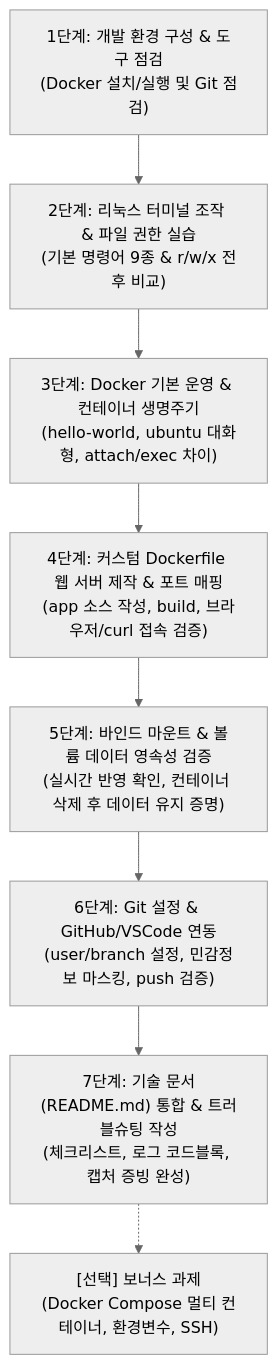
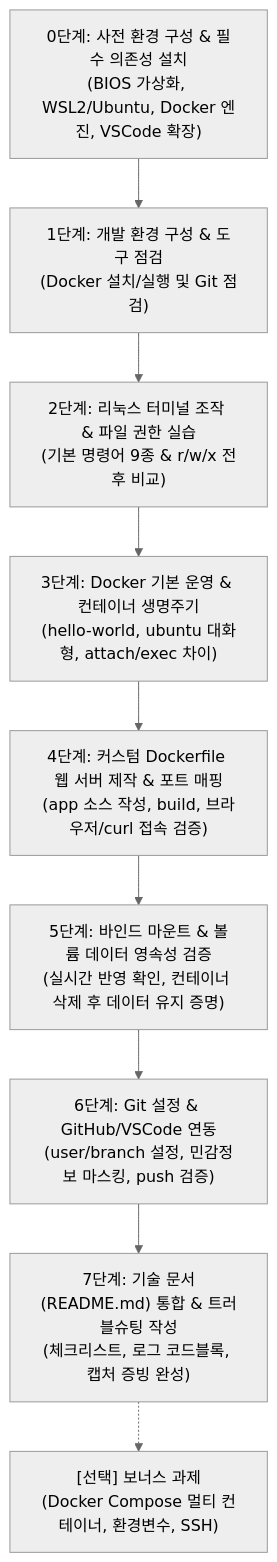
Before and after one commit to tqetri-ctrl/e1-1: the diagram in docs/execution_plan.md, drawn with Mermaid (neutral theme). The commit also changed other lines of this file, not shown here.

````diff
--- a/docs/execution_plan.md
+++ b/docs/execution_plan.md
@@ -9,10 +9,11 @@
 ```mermaid
 flowchart TD
-    Step1["1단계: 개발 환경 구성 & 도구 점검<br/>(Docker 설치/실행 및 Git 점검)"] --> Step2["2단계: 리눅스 터미널 조작 & 파일 권한 실습<br/>(기본 명령어 9종 & r/w/x 전후 비교)"]
+    Step0["0단계: 사전 환경 구성 & 필수 의존성 설치<br/>(BIOS 가상화, WSL2/Ubuntu, Docker 엔진, VSCode 확장)"] --> Step1["1단계: 개발 환경 구성 & 도구 점검<br/>(Docker 설치/실행 및 Git 점검)"]
+    Step1 --> Step2["2단계: 리눅스 터미널 조작 & 파일 권한 실습<br/>(기본 명령어 9종 & r/w/x 전후 비교)"]
     Step2 --> Step3["3단계: Docker 기본 운영 & 컨테이너 생명주기<br/>(hello-world, ubuntu 대화형, attach/exec 차이)"]
     Step3 --> Step4["4단계: 커스텀 Dockerfile 웹 서버 제작 & 포트 매핑<br/>(app 소스 작성, build, 브라우저/curl 접속 검증)"]
     Step4 --> Step5["5단계: 바인드 마운트 & 볼륨 데이터 영속성 검증<br/>(실시간 반영 확인, 컨테이너 삭제 후 데이터 유지 증명)"]
     Step5 --> Step6["6단계: Git 설정 & GitHub/VSCode 연동<br/>(user/branch 설정, 민감정보 마스킹, push 검증)"]
     Step6 --> Step7["7단계: 기술 문서(README.md) 통합 & 트러블슈팅 작성<br/>(체크리스트, 로그 코드블록, 캡처 증빙 완성)"]
     Step7 -.-> Bonus["[선택] 보너스 과제<br/>(Docker Compose 멀티 컨테이너, 환경변수, SSH)"]
 ```
````
